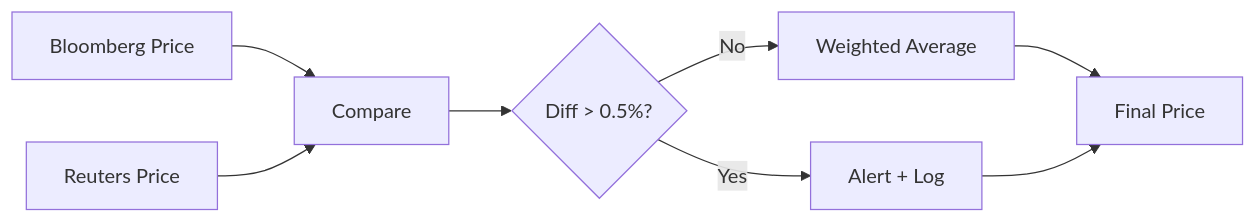
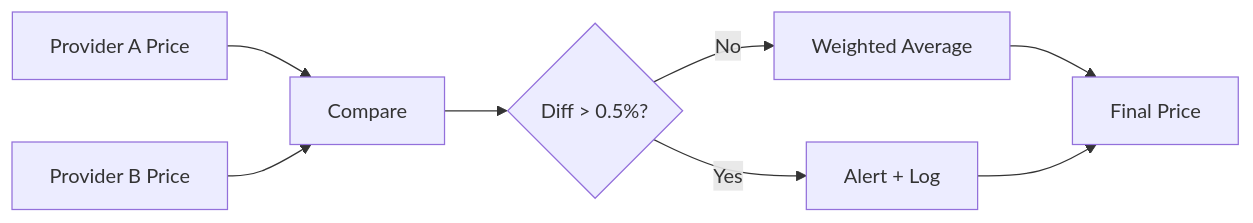
Before and after one commit to blackholefund/external_docs: the third of 4 diagrams in docs/connectors/overview.md, drawn with Mermaid. The commit also changed other lines of this file and 14 other files, not shown here.

Commit message:
Hide provider names and fix mermaid identifiers

````diff
--- a/docs/connectors/overview.md
+++ b/docs/connectors/overview.md
@@ -306,10 +308,10 @@
 ```mermaid
 flowchart LR
-    Bloomberg["Bloomberg Price"] --> Compare["Compare"]
-    Reuters["Reuters Price"] --> Compare
+    ProviderA["Provider A Price"] --> Compare["Compare"]
+    ProviderB["Provider B Price"] --> Compare
     Compare --> Check{"Diff > 0.5%?"}
     Check -->|Yes| Alert["Alert + Log"]
     Check -->|No| WeightedAvg["Weighted Average"]
     WeightedAvg --> Output["Final Price"]
     Alert --> Output
 ```
````
